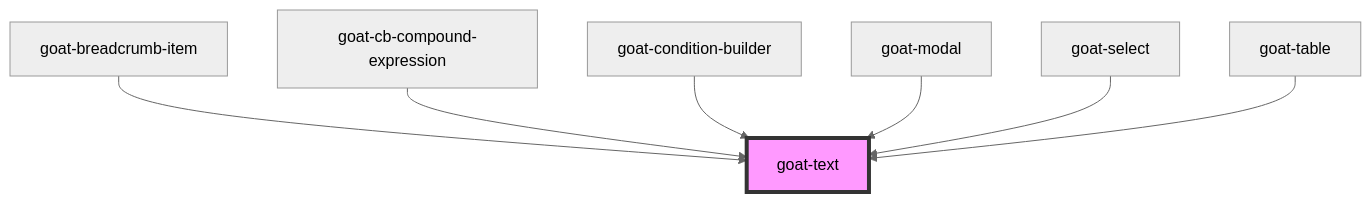
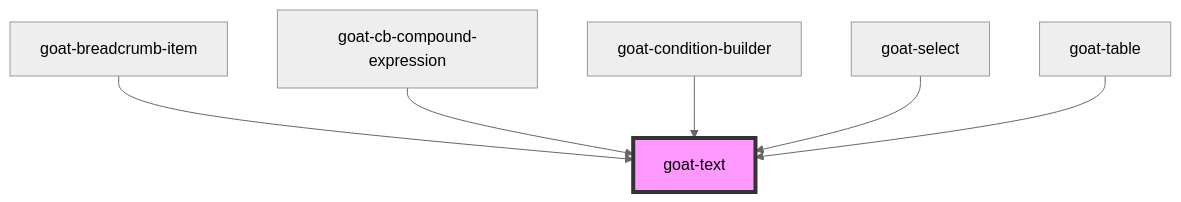
One commit to goatui/components changed the diagram in src/components/text/readme.md. Above: the diagram before and after it, drawn with Mermaid (neutral theme). The commit also changed other lines of this file and 27 other files, not shown here.

````diff
--- a/src/components/text/readme.md
+++ b/src/components/text/readme.md
@@ -33,10 +32,9 @@
 ```mermaid
 graph TD;
   goat-breadcrumb-item --> goat-text
   goat-cb-compound-expression --> goat-text
   goat-condition-builder --> goat-text
-  goat-modal --> goat-text
   goat-select --> goat-text
   goat-table --> goat-text
   style goat-text fill:#f9f,stroke:#333,stroke-width:4px
 ```
````
